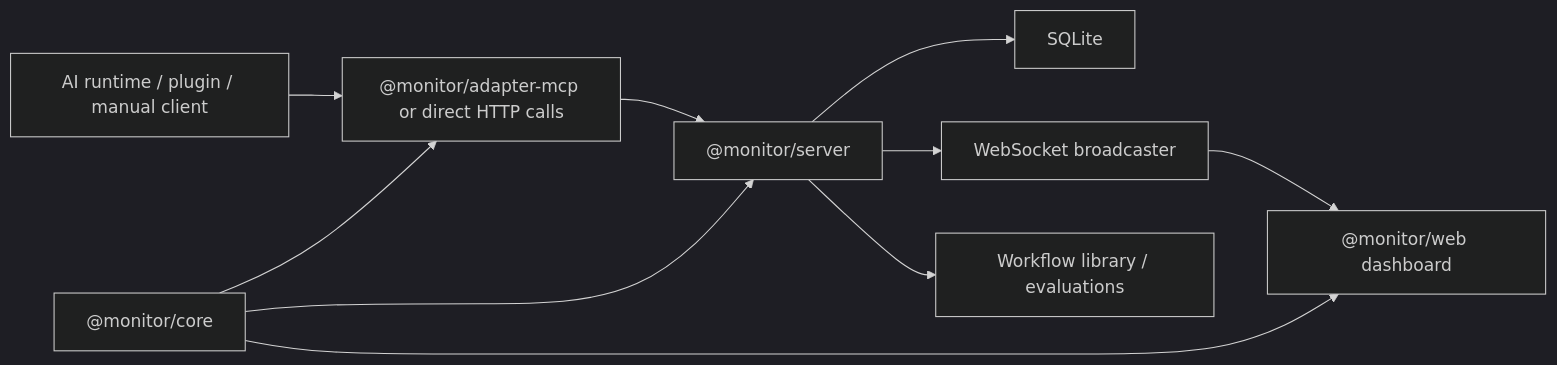
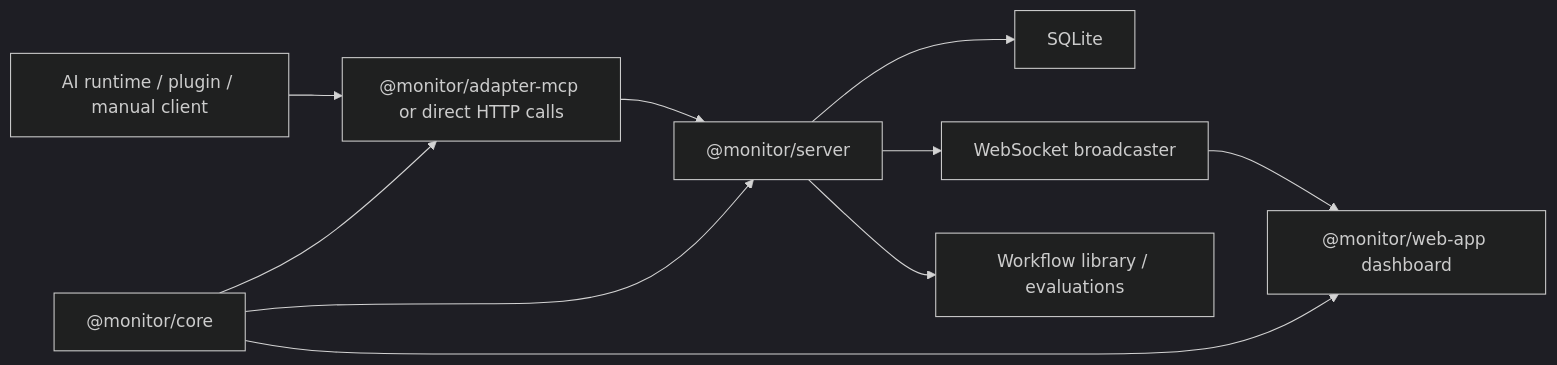
Before and after one commit to belljun3395/agent-tracer: the diagram in docs/wiki/agent-tracer-overview.md, drawn with Mermaid (dark theme). The commit also changed other lines of this file and 161 other files, not shown here.

First line of the commit message:
refactor(phase-8a): rename @monitor/web → @monitor/web-app

````diff
--- a/docs/wiki/agent-tracer-overview.md
+++ b/docs/wiki/agent-tracer-overview.md
@@ -11,12 +11,12 @@
 ```mermaid
 flowchart LR
   A["AI runtime / plugin / manual client"] --> B["@monitor/adapter-mcp or direct HTTP calls"]
   B --> C["@monitor/server"]
   C --> D["SQLite"]
   C --> E["WebSocket broadcaster"]
-  E --> F["@monitor/web dashboard"]
+  E --> F["@monitor/web-app dashboard"]
   C --> G["Workflow library / evaluations"]
   H["@monitor/core"] --> B
   H --> C
   H --> F
 ```
````
